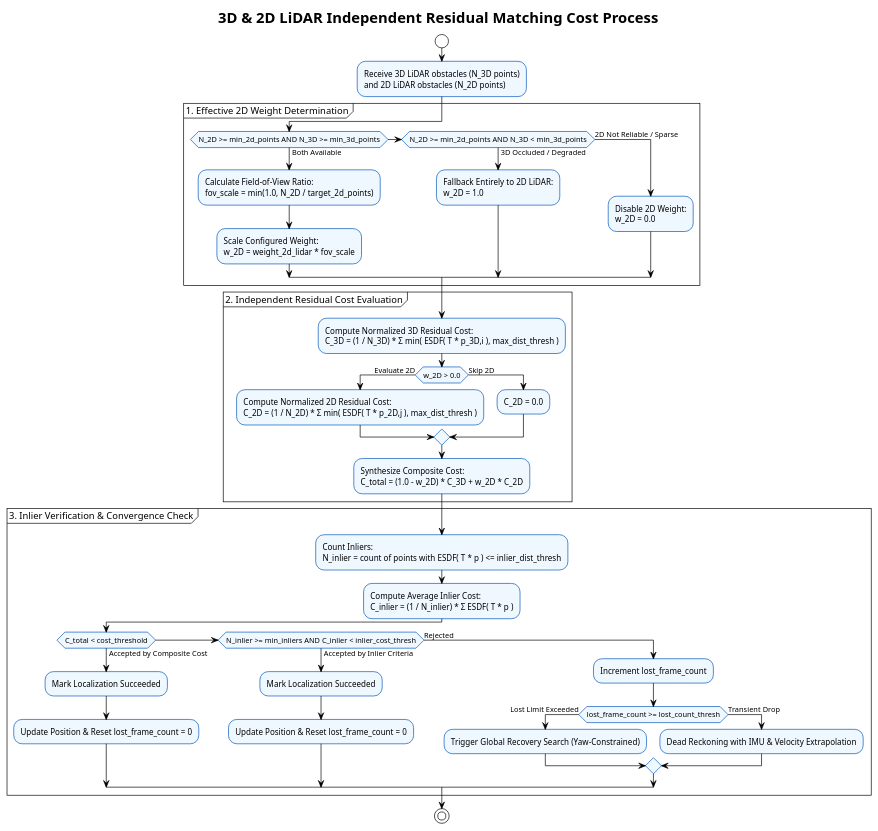
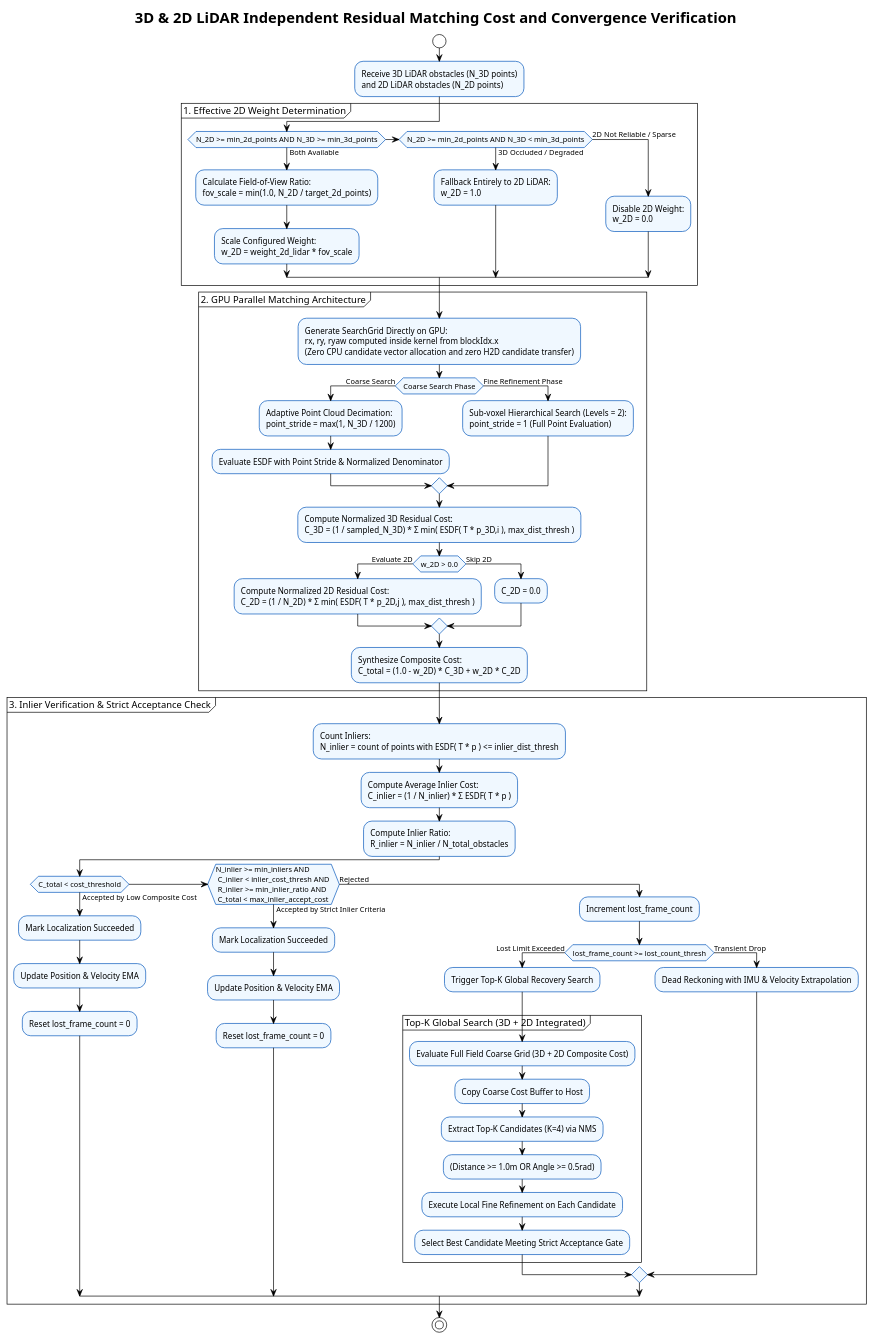
One commit to tmcit-ararobo-2026a/gn10-pointcloud-localization changed the diagram in docs/matching_cost_and_weighting.pu. Above: the diagram before and after it, drawn with PlantUML. The commit also changed 13 other files, not shown here.

First line of the commit message:
feat(telemetry): add tuning telemetry topic and refine documentation/PlantUML

```diff
--- a/docs/matching_cost_and_weighting.pu
+++ b/docs/matching_cost_and_weighting.pu
@@ -1,68 +1,93 @@
 @startuml matching_cost_and_weighting
 !theme plain
 skinparam defaultTextAlignment left
 skinparam ActivityBorderColor #0055BB
 skinparam ActivityBackgroundColor #F0F8FF
 
-title 3D & 2D LiDAR Independent Residual Matching Cost Process
+title 3D & 2D LiDAR Independent Residual Matching Cost and Convergence Verification
 
 start
 
 :Receive 3D LiDAR obstacles (N_3D points)
 and 2D LiDAR obstacles (N_2D points);
 
 partition "1. Effective 2D Weight Determination" {
   if (N_2D >= min_2d_points AND N_3D >= min_3d_points) then (Both Available)
     :Calculate Field-of-View Ratio:
     fov_scale = min(1.0, N_2D / target_2d_points);
     :Scale Configured Weight:
     w_2D = weight_2d_lidar * fov_scale;
   elseif (N_2D >= min_2d_points AND N_3D < min_3d_points) then (3D Occluded / Degraded)
     :Fallback Entirely to 2D LiDAR:
     w_2D = 1.0;
   else (2D Not Reliable / Sparse)
     :Disable 2D Weight:
     w_2D = 0.0;
   endif
 }
 
-partition "2. Independent Residual Cost Evaluation" {
+partition "2. GPU Parallel Matching Architecture" {
+  :Generate SearchGrid Directly on GPU:
+  rx, ry, ryaw computed inside kernel from blockIdx.x
+  (Zero CPU candidate vector allocation and zero H2D candidate transfer);
+
+  if (Coarse Search Phase) then (Coarse Search)
+    :Adaptive Point Cloud Decimation:
+    point_stride = max(1, N_3D / 1200);
+    :Evaluate ESDF with Point Stride & Normalized Denominator;
+  else (Fine Refinement Phase)
+    :Sub-voxel Hierarchical Search (Levels = 2):
+    point_stride = 1 (Full Point Evaluation);
+  endif
+
   :Compute Normalized 3D Residual Cost:
-  C_3D = (1 / N_3D) * Σ min( ESDF( T * p_3D,i ), max_dist_thresh );
+  C_3D = (1 / sampled_N_3D) * Σ min( ESDF( T * p_3D,i ), max_dist_thresh );
 
   if (w_2D > 0.0) then (Evaluate 2D)
     :Compute Normalized 2D Residual Cost:
     C_2D = (1 / N_2D) * Σ min( ESDF( T * p_2D,j ), max_dist_thresh );
   else (Skip 2D)
     :C_2D = 0.0;
   endif
 
   :Synthesize Composite Cost:
   C_total = (1.0 - w_2D) * C_3D + w_2D * C_2D;
 }
 
-partition "3. Inlier Verification & Convergence Check" {
+partition "3. Inlier Verification & Strict Acceptance Check" {
   :Count Inliers:
   N_inlier = count of points with ESDF( T * p ) <= inlier_dist_thresh;
   :Compute Average Inlier Cost:
   C_inlier = (1 / N_inlier) * Σ ESDF( T * p );
+  :Compute Inlier Ratio:
+  R_inlier = N_inlier / N_total_obstacles;
 
-  if (C_total < cost_threshold) then (Accepted by Composite Cost)
+  if (C_total < cost_threshold) then (Accepted by Low Composite Cost)
     :Mark Localization Succeeded;
-    :Update Position & Reset lost_frame_count = 0;
-  elseif (N_inlier >= min_inliers AND C_inlier < inlier_cost_thresh) then (Accepted by Inlier Criteria)
+    :Update Position & Velocity EMA;
+    :Reset lost_frame_count = 0;
+  elseif (N_inlier >= min_inliers AND \n C_inlier < inlier_cost_thresh AND \n R_inlier >= min_inlier_ratio AND \n C_total < max_inlier_accept_cost) then (Accepted by Strict Inlier Criteria)
     :Mark Localization Succeeded;
-    :Update Position & Reset lost_frame_count = 0;
+    :Update Position & Velocity EMA;
+    :Reset lost_frame_count = 0;
   else (Rejected)
     :Increment lost_frame_count;
     if (lost_frame_count >= lost_count_thresh) then (Lost Limit Exceeded)
-      :Trigger Global Recovery Search (Yaw-Constrained);
+      :Trigger Top-K Global Recovery Search;
+      partition "Top-K Global Search (3D + 2D Integrated)" {
+        :Evaluate Full Field Coarse Grid (3D + 2D Composite Cost);
+        :Copy Coarse Cost Buffer to Host;
+        :Extract Top-K Candidates (K=4) via NMS;
+        :(Distance >= 1.0m OR Angle >= 0.5rad);
+        :Execute Local Fine Refinement on Each Candidate;
+        :Select Best Candidate Meeting Strict Acceptance Gate;
+      }
     else (Transient Drop)
       :Dead Reckoning with IMU & Velocity Extrapolation;
     endif
   endif
 }
 
 stop
 
 @enduml
```
